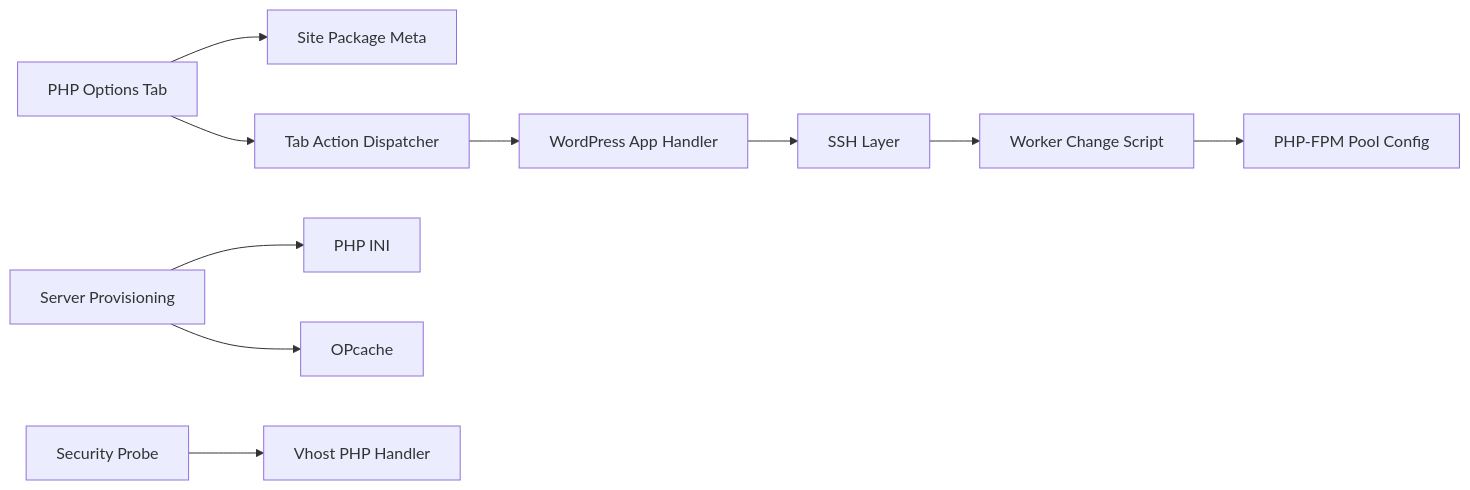
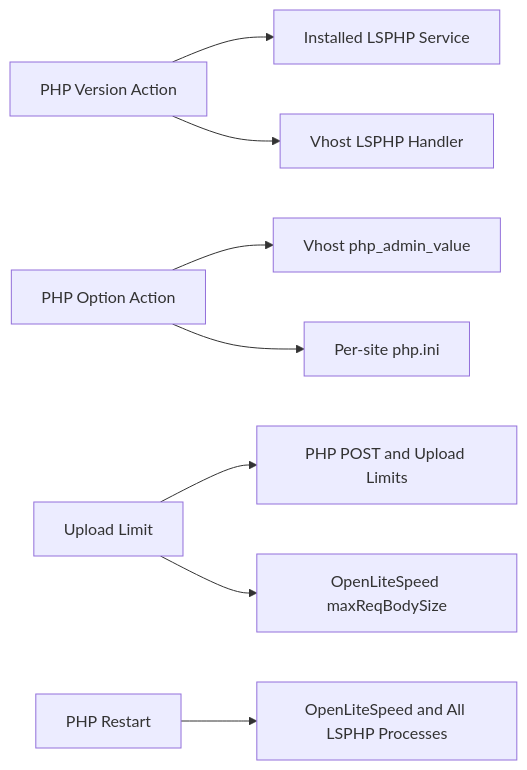
The fourth of 4 diagrams in .qoder/repowiki/en/content/Operational Tools/Performance Optimization Tools/PHP Performance Tuning.md (onedogsolutions/simple-stack), drawn with Mermaid before and after one commit. The commit also changed other lines of this file and 5941 other files, not shown here.

````diff
--- a/.qoder/repowiki/en/content/Operational Tools/Performance Optimization Tools/PHP Performance Tuning.md
+++ b/.qoder/repowiki/en/content/Operational Tools/Performance Optimization Tools/PHP Performance Tuning.md
@@ -324,12 +247,10 @@
 ```mermaid
 graph LR
-Tab["PHP Options Tab"] --> Meta["Site Package Meta"]
-Tab --> Action["Tab Action Dispatcher"]
-Action --> App["WordPress App Handler"]
-App --> SSH["SSH Layer"]
-SSH --> WorkerScript["Worker Change Script"]
-WorkerScript --> Pool["PHP-FPM Pool Config"]
-Provision["Server Provisioning"] --> PHPINI["PHP INI"]
-Provision --> OPcache["OPcache"]
-Security["Security Probe"] --> Vhost["Vhost PHP Handler"]
+    Version["PHP Version Action"] --> Installed["Installed LSPHP Service"]
+    Version --> Handler["Vhost LSPHP Handler"]
+    Options["PHP Option Action"] --> Vhost["Vhost php_admin_value"]
+    Options --> SiteIni["Per-site php.ini"]
+    Upload["Upload Limit"] --> PHPUpload["PHP POST and Upload Limits"]
+    Upload --> OLSBody["OpenLiteSpeed maxReqBodySize"]
+    Restart["PHP Restart"] --> OLS["OpenLiteSpeed and All LSPHP Processes"]
 ```
````
